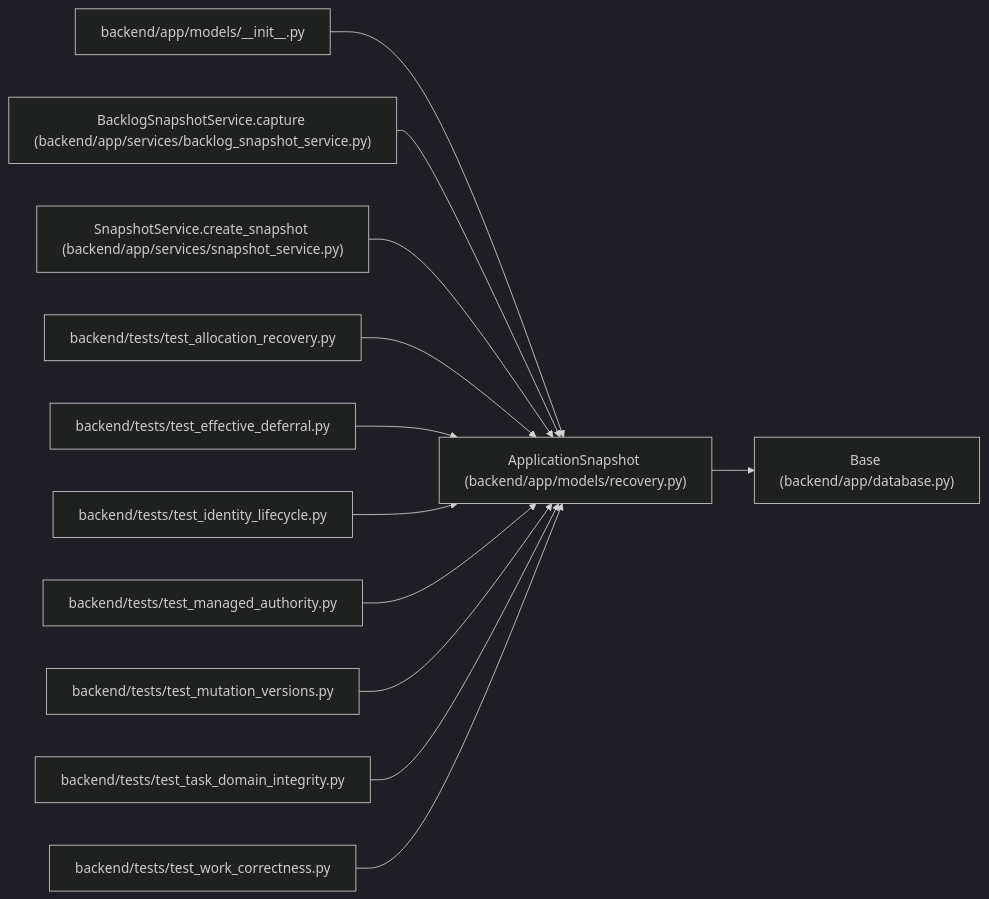
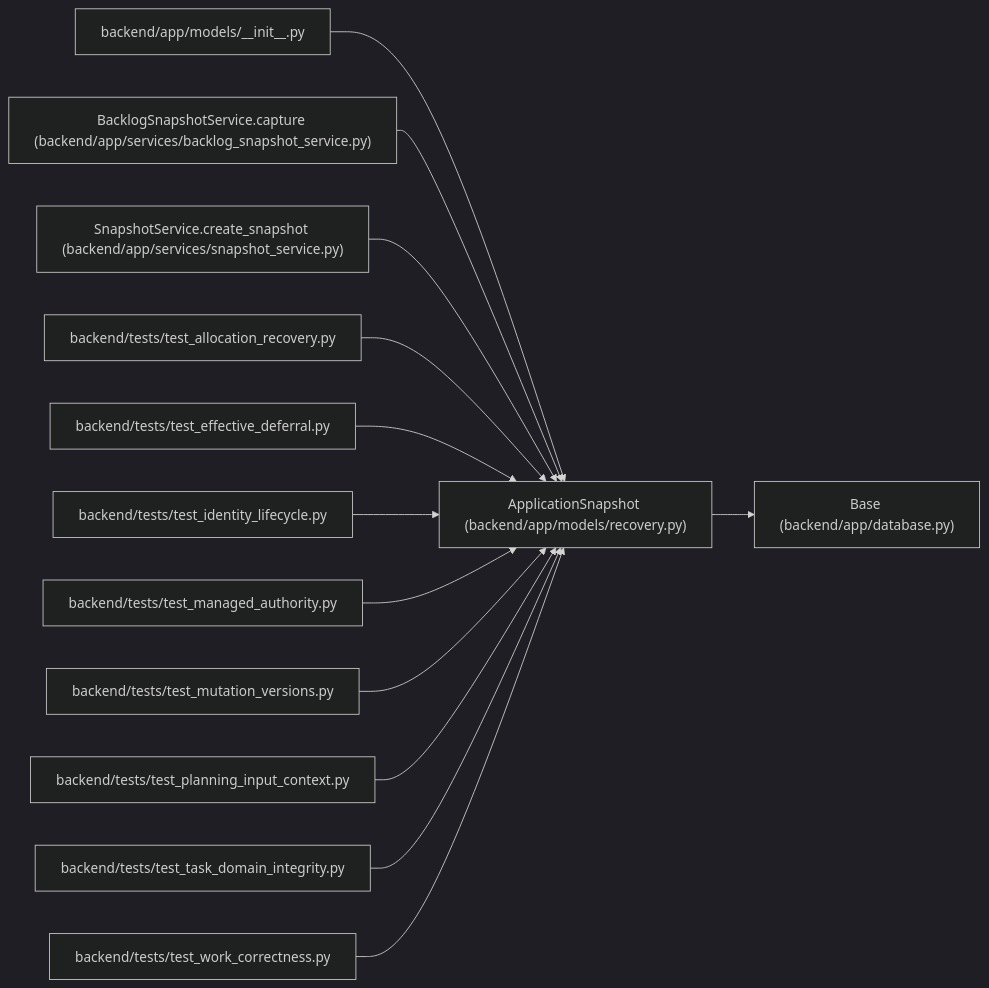
The diagram in docs/llm_wiki/entities/ApplicationSnapshot.md (Denissvgn/WorkChord), drawn with Mermaid (dark theme) before and after one commit. The commit also changed other lines of this file and 476 other files, not shown here.

Commit message:
docs: document complete planning input observations

````diff
--- a/docs/llm_wiki/entities/ApplicationSnapshot.md
+++ b/docs/llm_wiki/entities/ApplicationSnapshot.md
@@ -37,38 +37,41 @@
 ```mermaid
 flowchart LR
     n0["ApplicationSnapshot (backend/app/models/recovery.py)"]
     n1["Base (backend/app/database.py)"]
     n2["backend/app/models/__init__.py"]
     n3["BacklogSnapshotService.capture (backend/app/services/backlog_snapshot_service.py)"]
     n4["SnapshotService.create_snapshot (backend/app/services/snapshot_service.py)"]
     n5["backend/tests/test_allocation_recovery.py"]
     n6["backend/tests/test_effective_deferral.py"]
     n7["backend/tests/test_identity_lifecycle.py"]
     n8["backend/tests/test_managed_authority.py"]
     n9["backend/tests/test_mutation_versions.py"]
-    n10["backend/tests/test_task_domain_integrity.py"]
-    n11["backend/tests/test_work_correctness.py"]
+    n10["backend/tests/test_planning_input_context.py"]
+    n11["backend/tests/test_task_domain_integrity.py"]
+    n12["backend/tests/test_work_correctness.py"]
     n0 --> n1
     n2 --> n0
     n3 --> n0
     n4 --> n0
     n5 --> n0
     n6 --> n0
     n7 --> n0
     n8 --> n0
     n9 --> n0
     n10 --> n0
     n11 --> n0
+    n12 --> n0
     click n0 "../modules/recovery.md"
     click n1 "../modules/app_database.md"
     click n2 "../modules/models___init__.md"
     click n3 "../modules/backlog_snapshot_service.md"
     click n4 "../modules/snapshot_service.md"
     click n5 "../modules/test_allocation_recovery.md"
     click n6 "../modules/test_effective_deferral.md"
     click n7 "../modules/test_identity_lifecycle.md"
     click n8 "../modules/test_managed_authority.md"
     click n9 "../modules/test_mutation_versions.md"
-    click n10 "../modules/test_task_domain_integrity.md"
-    click n11 "../modules/test_work_correctness.md"
+    click n10 "../modules/test_planning_input_context.md"
+    click n11 "../modules/test_task_domain_integrity.md"
+    click n12 "../modules/test_work_correctness.md"
 ```
````
